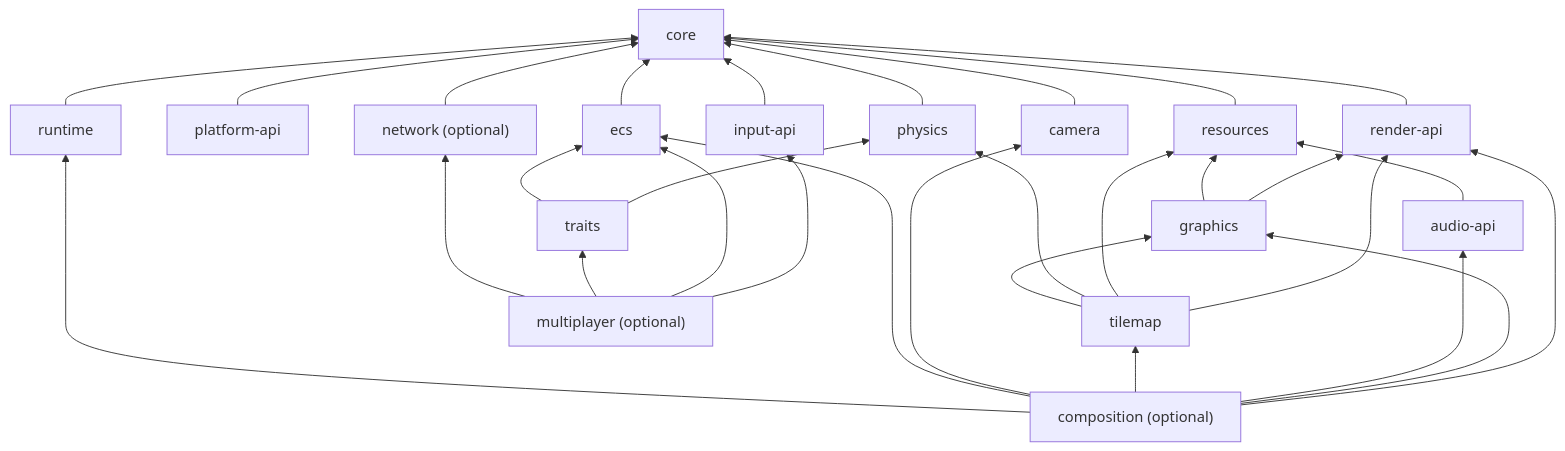
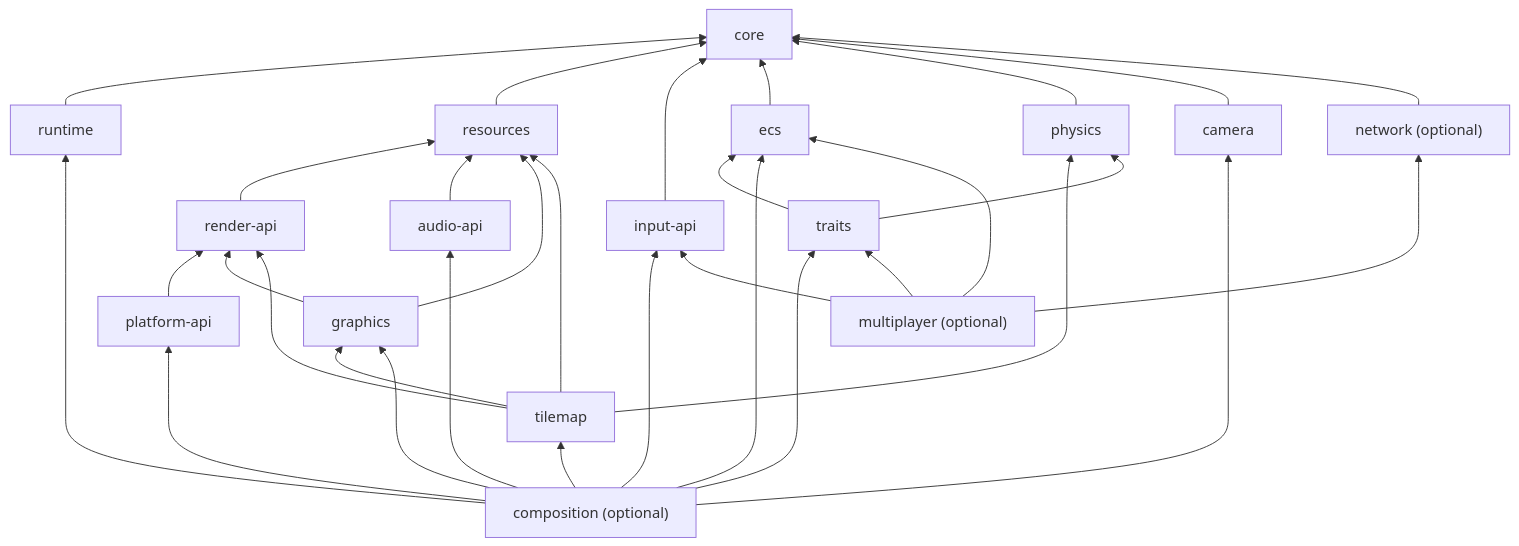
The diagram in docs/architecture/modules.md (b3dgs/lionengine), drawn with Mermaid before and after one commit. The commit also changed other lines of this file and 37 other files, not shown here.

````diff
--- a/docs/architecture/modules.md
+++ b/docs/architecture/modules.md
@@ -40,33 +40,35 @@
 ```mermaid
 flowchart BT
   core[core]
   runtime[runtime] --> core
-  papi[platform-api] --> core
-  rapi[render-api] --> core
   res[resources] --> core
+  rapi[render-api] --> res
+  papi[platform-api] --> rapi
   iapi[input-api] --> core
   ecs[ecs] --> core
   physics[physics] --> core
   camera[camera] --> core
   aapi[audio-api] --> res
   graphics[graphics] --> res
   graphics --> rapi
   tilemap[tilemap] --> graphics
   tilemap --> physics
   tilemap --> res
   tilemap --> rapi
   traits[traits] --> ecs
   traits --> physics
   composition["composition (optional)"] --> runtime
   composition --> ecs
   composition --> camera
   composition --> tilemap
   composition --> aapi
   composition --> graphics
-  composition --> rapi
+  composition --> traits
+  composition --> iapi
+  composition --> papi
   network["network (optional)"] --> core
   multiplayer["multiplayer (optional)"] --> network
   multiplayer --> traits
   multiplayer --> ecs
   multiplayer --> iapi
 ```
````
